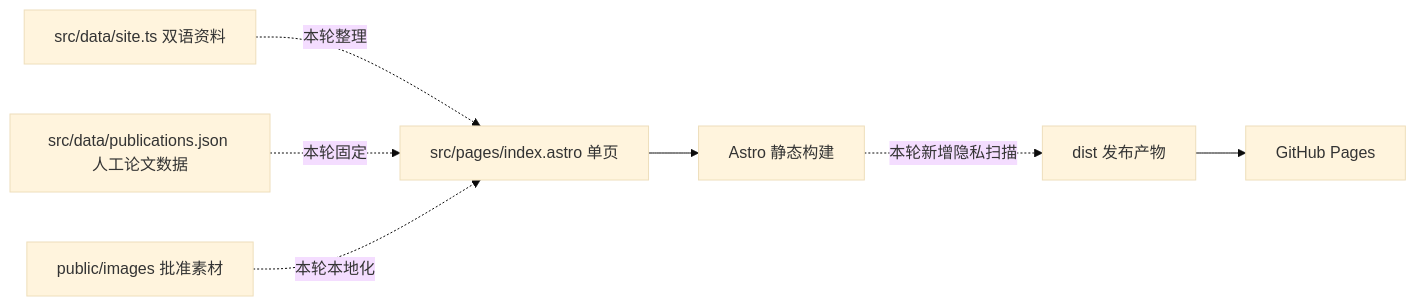
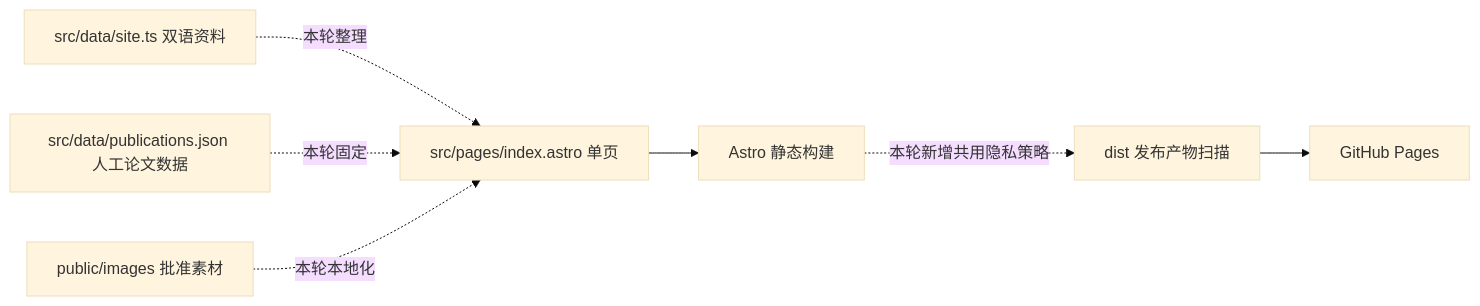
The diagram in issues/2026-09-20_00-00-00-haibiao-homepage/2026-09-20_00-00-00-haibiao-homepage.handoff.md (codeocd/codeocd.github.io), drawn with Mermaid (base theme) before and after one commit. The commit also changed other lines of this file and 4 other files, not shown here.

````diff
--- a/issues/2026-09-20_00-00-00-haibiao-homepage/2026-09-20_00-00-00-haibiao-homepage.handoff.md
+++ b/issues/2026-09-20_00-00-00-haibiao-homepage/2026-09-20_00-00-00-haibiao-homepage.handoff.md
@@ -38,9 +38,9 @@
 ```mermaid
 flowchart LR
     A[src/data/site.ts 双语资料] -.本轮整理.-> C[src/pages/index.astro 单页]
     B[src/data/publications.json 人工论文数据] -.本轮固定.-> C
     D[public/images 批准素材] -.本轮本地化.-> C
     C --> E[Astro 静态构建]
-    E -.本轮新增隐私扫描.-> F[dist 发布产物]
+    E -.本轮新增共用隐私策略.-> F[dist 发布产物扫描]
     F --> G[GitHub Pages]
 ```
````
